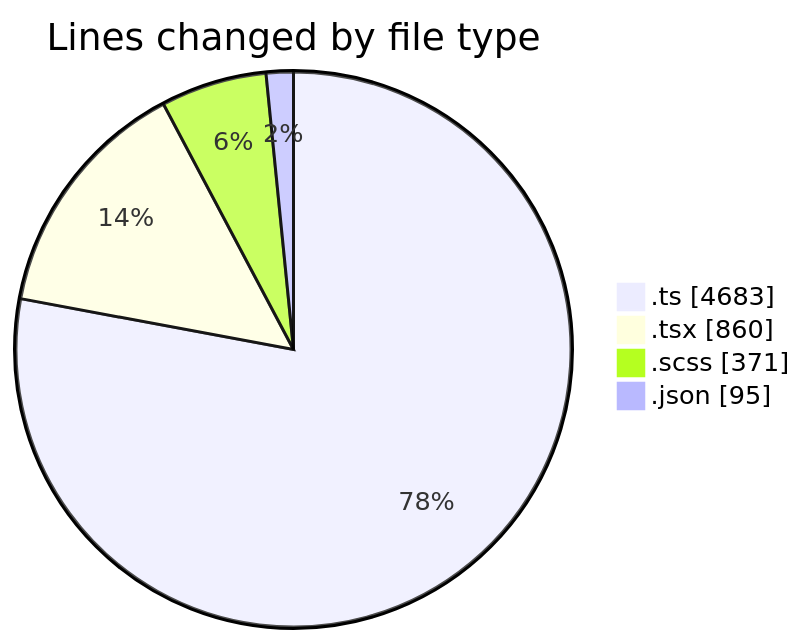
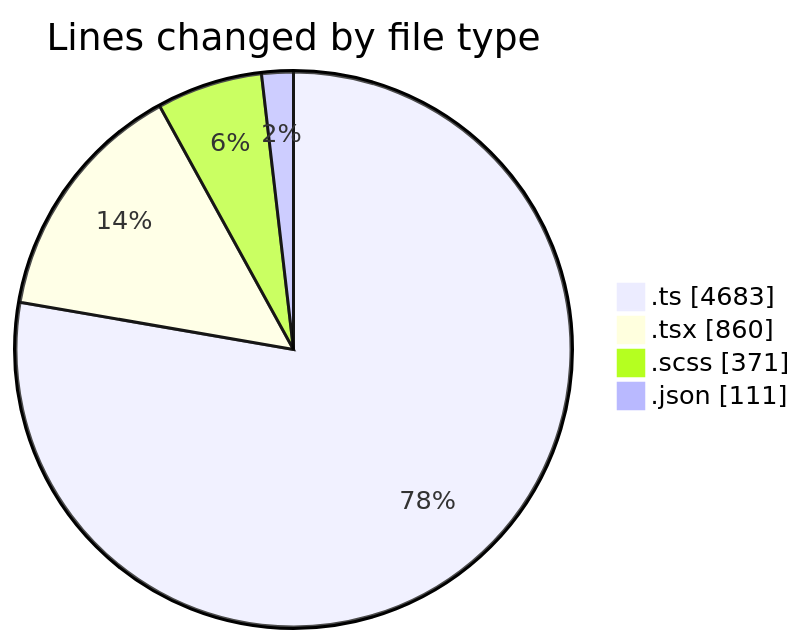
One commit to momahboobian/code-tracking changed the first of 2 diagrams in 2026-10-29/cda/README.md. Above: the diagram before and after it, drawn with Mermaid. The commit also changed other lines of this file and 1 other file, not shown here.

````diff
--- a/2026-10-29/cda/README.md
+++ b/2026-10-29/cda/README.md
@@ -31,8 +32,8 @@
 ```mermaid
 pie showData
 title Lines changed by file type
 ".ts" : 4683
 ".tsx" : 860
 ".scss" : 371
-".json" : 95
+".json" : 111
 ```
````
